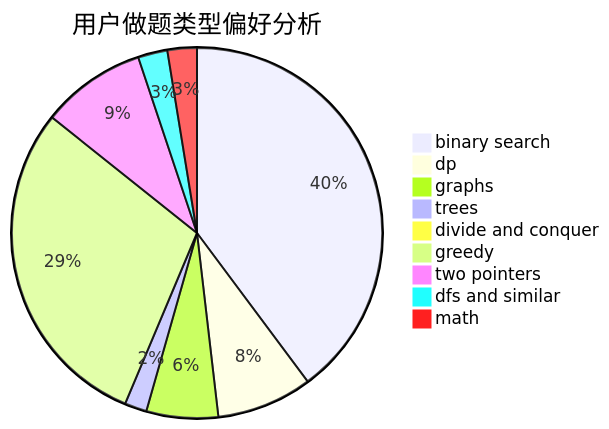
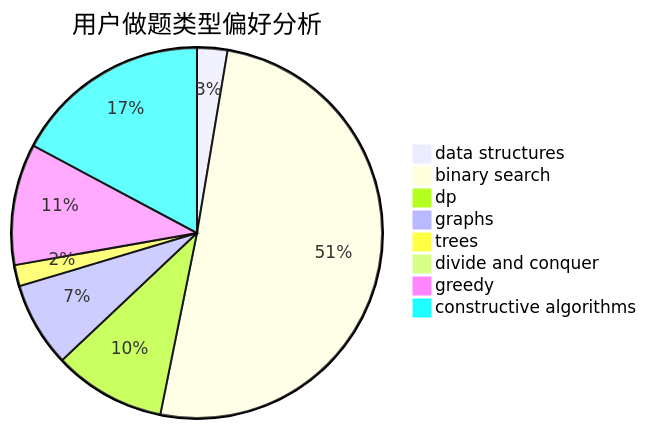
The second of 3 diagrams in docs/user/u1930.md (sherpahu/cfrs.github.io), drawn with Mermaid before and after one commit. The commit also changed other lines of this file and 2775 other files, not shown here.

````diff
--- a/docs/user/u1930.md
+++ b/docs/user/u1930.md
@@ -23,12 +23,11 @@
 ```mermaid
 pie title 用户做题类型偏好分析
-    "binary search" :  248
-    "dp" :  52
-    "graphs" :  39
-    "trees" :  12
-    "divide and conquer" :  1
-    "greedy" :  183
-    "two pointers" :  57
-    "dfs and similar" :  16
-    "math" :  16
+    "data structures" :  10
+    "binary search" :  191
+    "dp" :  37
+    "graphs" :  28
+    "trees" :  7
+    "divide and conquer" :  0
+    "greedy" :  40
+    "constructive algorithms" :  65
 ```
````
